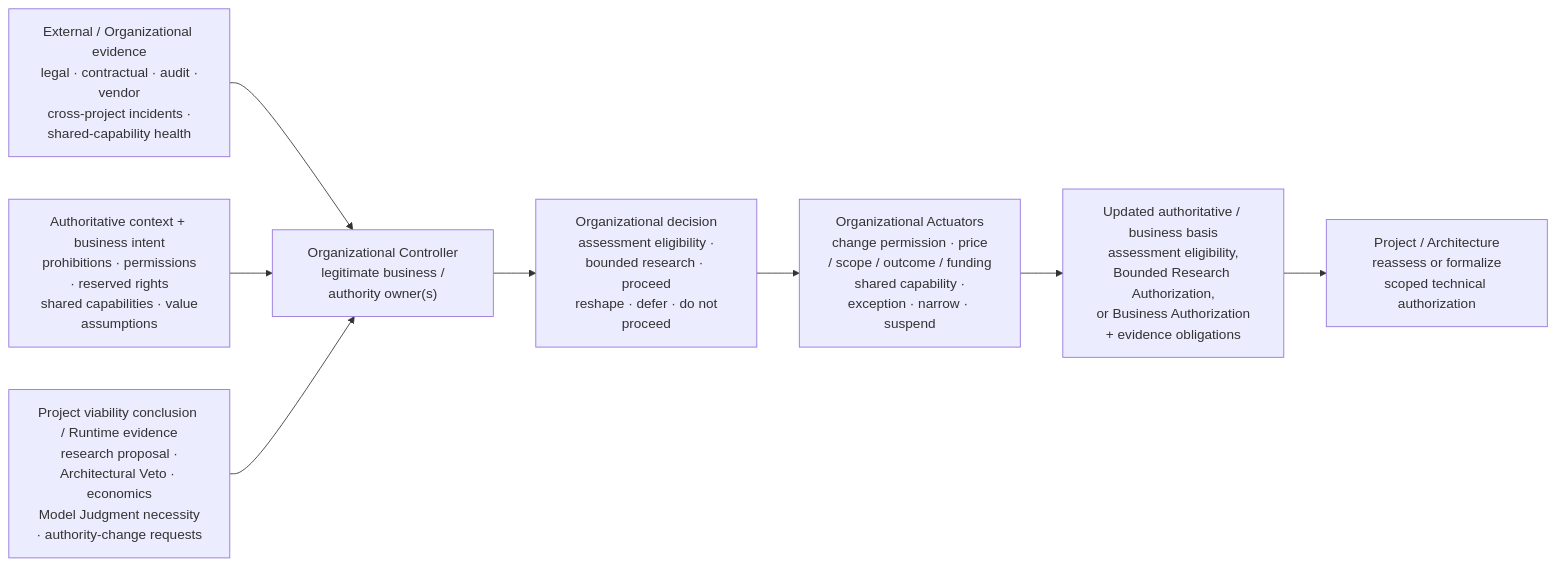
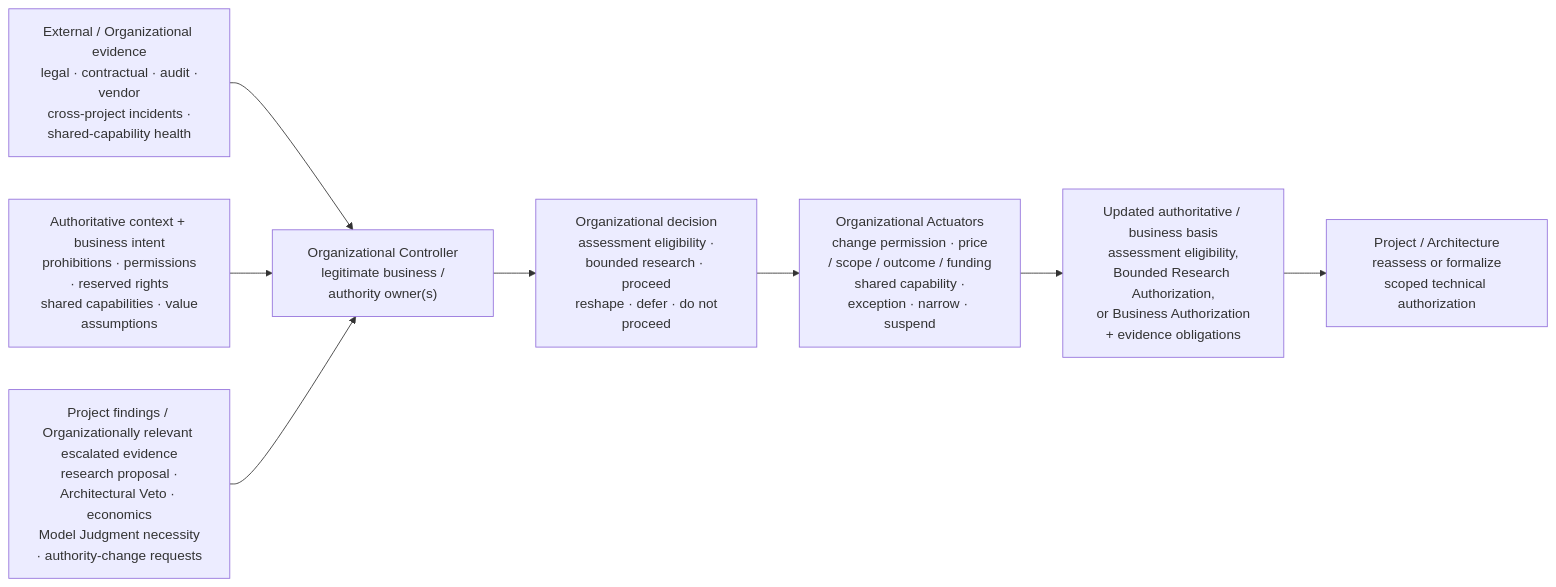
One commit to UncertaintyArchitectureGroup/uncertainty-architecture changed the tenth of 15 diagrams in content/research/notes/open-engineering-specification-article-draft.md. Above: the diagram before and after it, drawn with Mermaid. The commit also changed other lines of this file and 2 other files, not shown here.

Commit message:
Resolve remaining lifecycle ownership review findings

````diff
--- a/content/research/notes/open-engineering-specification-article-draft.md
+++ b/content/research/notes/open-engineering-specification-article-draft.md
@@ -632,16 +632,16 @@
 ```mermaid
 flowchart LR
     EXT["External / Organizational evidence<br/> legal · contractual · audit · vendor<br/> cross-project incidents · shared-capability health"]
     AUTH["Authoritative context + business intent<br/> prohibitions · permissions · reserved rights<br/> shared capabilities · value assumptions"]
-    LOW["Project viability conclusion / Runtime evidence<br/> research proposal · Architectural Veto · economics<br/> Model Judgment necessity · authority-change requests"]
+    LOW["Project findings / Organizationally relevant escalated evidence<br/> research proposal · Architectural Veto · economics<br/> Model Judgment necessity · authority-change requests"]
     C["Organizational Controller<br/> legitimate business / authority owner(s)"]
     D["Organizational decision<br/> assessment eligibility · bounded research · proceed<br/> reshape · defer · do not proceed"]
     A["Organizational Actuators<br/> change permission · price / scope / outcome / funding<br/> shared capability · exception · narrow · suspend"]
     OUT["Updated authoritative / business basis<br/> assessment eligibility, Bounded Research Authorization,<br/> or Business Authorization + evidence obligations"]
     P["Project / Architecture<br/> reassess or formalize scoped technical authorization"]
 
     EXT --> C
     AUTH --> C
     LOW --> C
     C --> D --> A --> OUT --> P
 ```
````
